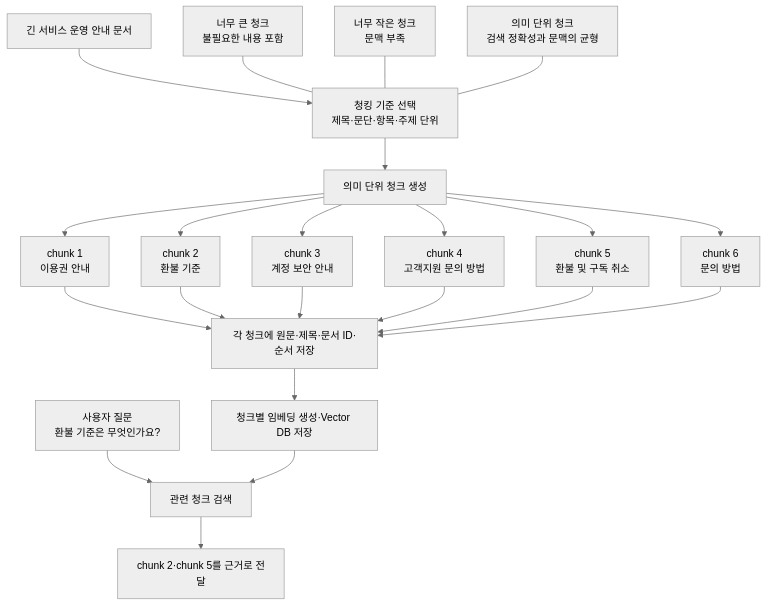
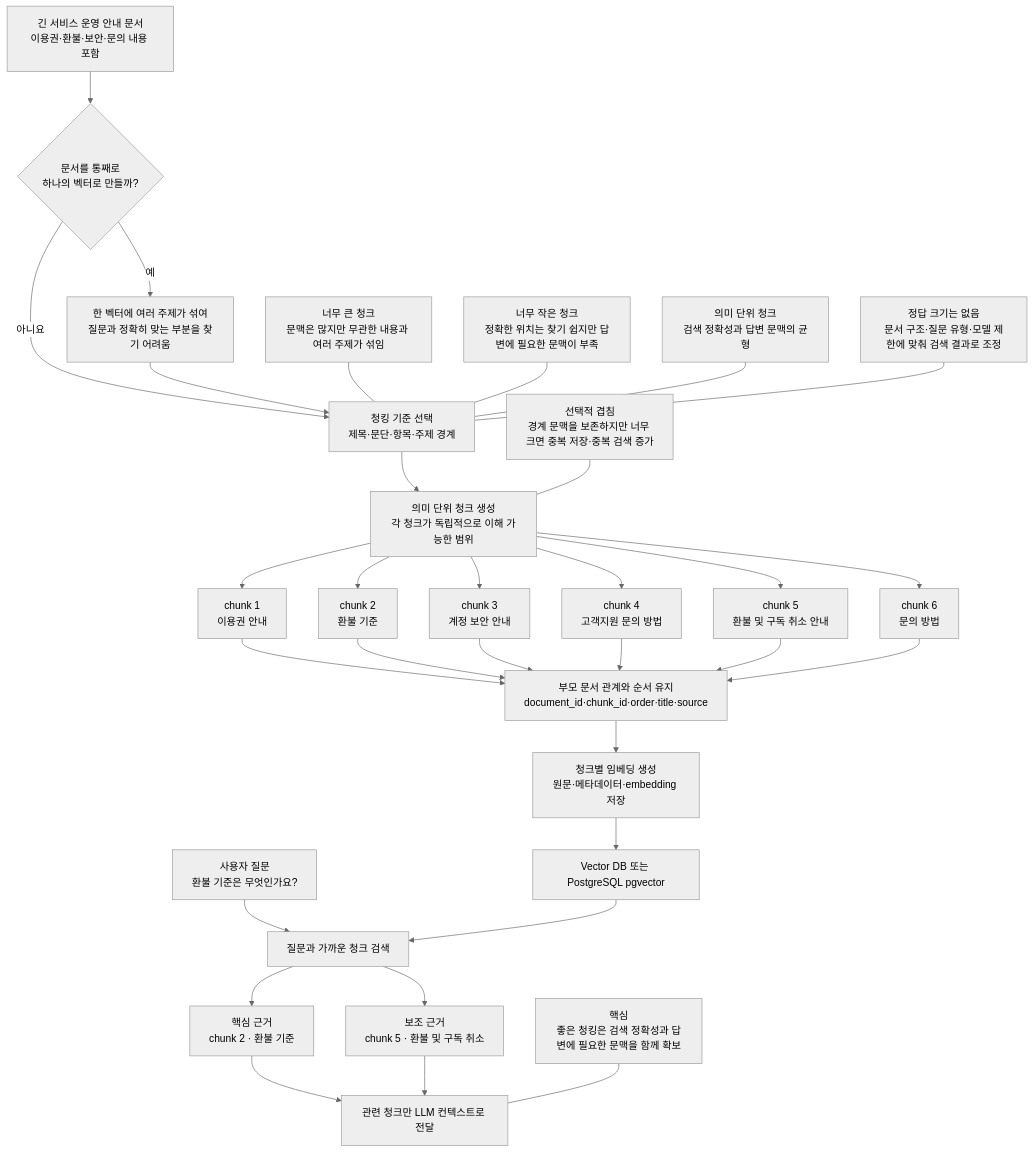
One commit to GilbertMoon/ai-database-book changed the diagram in images/chapter14/ch14_04_document_chunking.mmd. Above: the diagram before and after it, drawn with Mermaid (neutral theme).

Commit message:
docs(ch14): refine document chunking flow source

```diff
--- a/images/chapter14/ch14_04_document_chunking.mmd
+++ b/images/chapter14/ch14_04_document_chunking.mmd
@@ -1,26 +1,36 @@
 flowchart TB
-    A[긴 서비스 운영 안내 문서] --> B[청킹 기준 선택<br/>제목·문단·항목·주제 단위]
-    B --> C[의미 단위 청크 생성]
+    A[긴 서비스 운영 안내 문서<br/>이용권·환불·보안·문의 내용 포함] --> B{문서를 통째로<br/>하나의 벡터로 만들까?}
+    B -- 예 --> B1[한 벡터에 여러 주제가 섞여<br/>질문과 정확히 맞는 부분을 찾기 어려움]
+    B -- 아니요 --> C[청킹 기준 선택<br/>제목·문단·항목·주제 경계]
+    B1 --> C
 
-    C --> C1[chunk 1<br/>이용권 안내]
-    C --> C2[chunk 2<br/>환불 기준]
-    C --> C3[chunk 3<br/>계정 보안 안내]
-    C --> C4[chunk 4<br/>고객지원 문의 방법]
-    C --> C5[chunk 5<br/>환불 및 구독 취소]
-    C --> C6[chunk 6<br/>문의 방법]
+    C --> D[의미 단위 청크 생성<br/>각 청크가 독립적으로 이해 가능한 범위]
+    D --> D1[chunk 1<br/>이용권 안내]
+    D --> D2[chunk 2<br/>환불 기준]
+    D --> D3[chunk 3<br/>계정 보안 안내]
+    D --> D4[chunk 4<br/>고객지원 문의 방법]
+    D --> D5[chunk 5<br/>환불 및 구독 취소 안내]
+    D --> D6[chunk 6<br/>문의 방법]
 
-    C1 --> D[각 청크에 원문·제목·문서 ID·순서 저장]
-    C2 --> D
-    C3 --> D
-    C4 --> D
-    C5 --> D
-    C6 --> D
-    D --> E[청크별 임베딩 생성·Vector DB 저장]
+    D1 --> E[부모 문서 관계와 순서 유지<br/>document_id·chunk_id·order·title·source]
+    D2 --> E
+    D3 --> E
+    D4 --> E
+    D5 --> E
+    D6 --> E
+    E --> F[청크별 임베딩 생성<br/>원문·메타데이터·embedding 저장]
+    F --> G[Vector DB 또는 PostgreSQL pgvector]
 
-    Q[사용자 질문<br/>환불 기준은 무엇인가요?] --> R[관련 청크 검색]
-    E --> R
-    R --> S[chunk 2·chunk 5를 근거로 전달]
+    Q[사용자 질문<br/>환불 기준은 무엇인가요?] --> R[질문과 가까운 청크 검색]
+    G --> R
+    R --> R1[핵심 근거<br/>chunk 2 · 환불 기준]
+    R --> R2[보조 근거<br/>chunk 5 · 환불 및 구독 취소]
+    R1 --> S[관련 청크만 LLM 컨텍스트로 전달]
+    R2 --> S
 
-    L[너무 큰 청크<br/>불필요한 내용 포함] --- B
-    M[너무 작은 청크<br/>문맥 부족] --- B
-    N[의미 단위 청크<br/>검색 정확성과 문맥의 균형] --- B
+    N1[너무 큰 청크<br/>문맥은 많지만 무관한 내용과 여러 주제가 섞임] --- C
+    N2[너무 작은 청크<br/>정확한 위치는 찾기 쉽지만 답변에 필요한 문맥이 부족] --- C
+    N3[의미 단위 청크<br/>검색 정확성과 답변 문맥의 균형] --- C
+    N4[선택적 겹침<br/>경계 문맥을 보존하지만 너무 크면 중복 저장·중복 검색 증가] --- D
+    N5[정답 크기는 없음<br/>문서 구조·질문 유형·모델 제한에 맞춰 검색 결과로 조정] --- C
+    N6[핵심<br/>좋은 청킹은 검색 정확성과 답변에 필요한 문맥을 함께 확보] --- S
```
